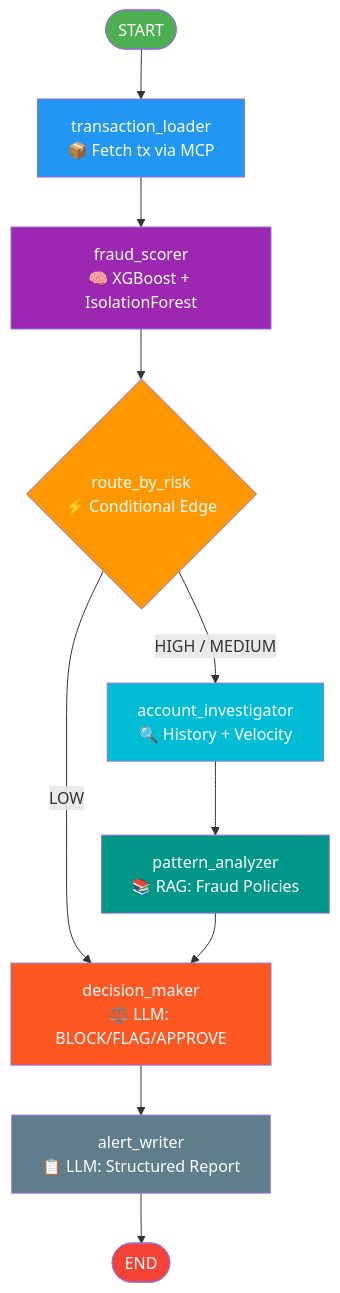
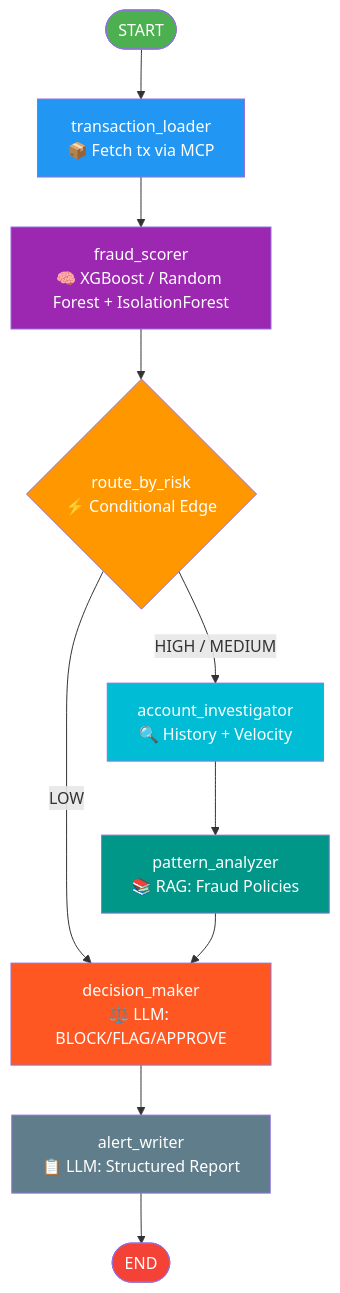
One commit to ckathera/FraudTransactionsGuard changed the diagram in README.md. Above: the diagram before and after it, drawn with Mermaid. The commit also changed other lines of this file and 2 other files, not shown here.

````diff
--- a/README.md
+++ b/README.md
@@ -58,24 +58,24 @@
 ```mermaid
 flowchart TD
     A([START]) --> B[transaction_loader\n📦 Fetch tx via MCP]
-    B --> C[fraud_scorer\n🧠 XGBoost + IsolationForest]
+    B --> C[fraud_scorer\n🧠 XGBoost / Random Forest + IsolationForest]
     C --> D{route_by_risk\n⚡ Conditional Edge}
 
     D -- HIGH / MEDIUM --> E[account_investigator\n🔍 History + Velocity]
     D -- LOW --> G[decision_maker\n⚖️ LLM: BLOCK/FLAG/APPROVE]
 
     E --> F[pattern_analyzer\n📚 RAG: Fraud Policies]
     F --> G
     G --> H[alert_writer\n📋 LLM: Structured Report]
     H --> I([END])
 
     style A fill:#4CAF50,color:#fff
     style I fill:#f44336,color:#fff
     style D fill:#FF9800,color:#fff
     style B fill:#2196F3,color:#fff
     style C fill:#9C27B0,color:#fff
     style E fill:#00BCD4,color:#fff
     style F fill:#009688,color:#fff
     style G fill:#FF5722,color:#fff
     style H fill:#607D8B,color:#fff
 ```
````
